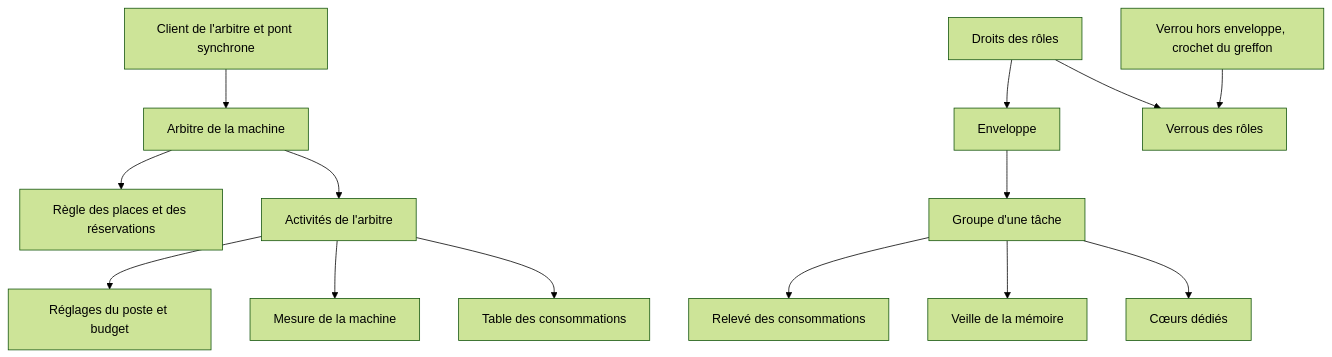
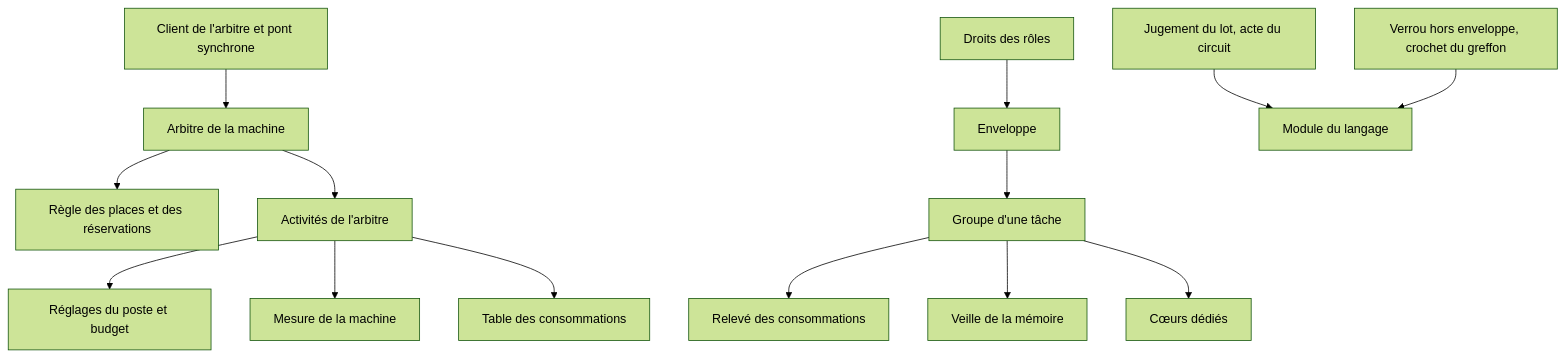
One commit to roomi-fields/roomis-grillhouse changed the second of 5 diagrams in packages/grillhouse/docs/architecture/machine.md. Above: the diagram before and after it, drawn with Mermaid (forest theme). The commit also changed other lines of this file and 6 other files, not shown here.

Commit message:
docs(@roomi-fields/grillhouse): l'enveloppe borne au plan, le lot se juge en fin de séance, tous les outils pour tous les rôles (grillhouse-3uv.261)

````diff
--- a/packages/grillhouse/docs/architecture/machine.md
+++ b/packages/grillhouse/docs/architecture/machine.md
@@ -45,12 +46,13 @@
 ```mermaid
 flowchart TB
   cli[Client de l'arbitre et pont synchrone] --> arb[Arbitre de la machine]
   arb --> regle[Règle des places et des réservations]
   arb --> act[Activités de l'arbitre]
   act --> poste[Réglages du poste et budget] & mes[Mesure de la machine] & table[Table des consommations]
   grp[Groupe d'une tâche] --> rel[Relevé des consommations]
   grp --> veille[Veille de la mémoire] & dedies[Cœurs dédiés]
-  droits[Droits des rôles] --> env[Enveloppe] & verrous[Verrous des rôles]
+  droits[Droits des rôles] --> env[Enveloppe]
   env --> grp
-  hors[Verrou hors enveloppe, crochet du greffon] --> verrous
+  jug[Jugement du lot, acte du circuit] --> lang[Module du langage]
+  hors[Verrou hors enveloppe, crochet du greffon] --> lang
 ```
````
